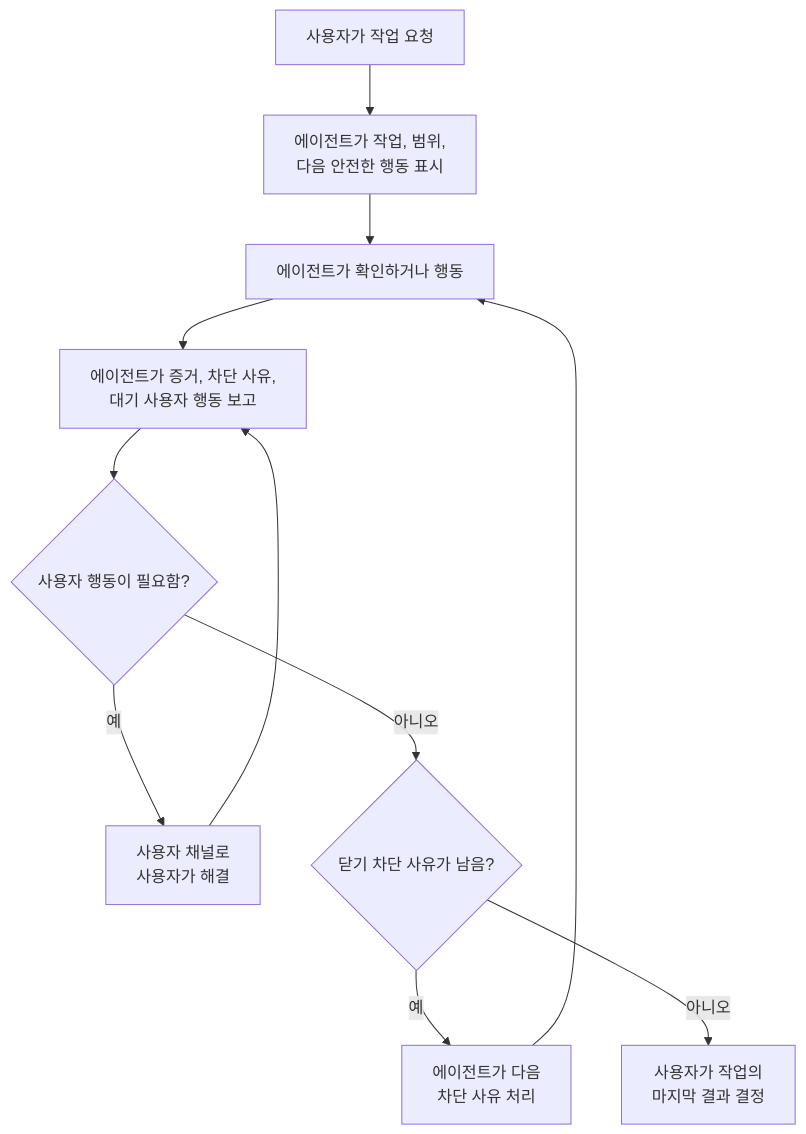
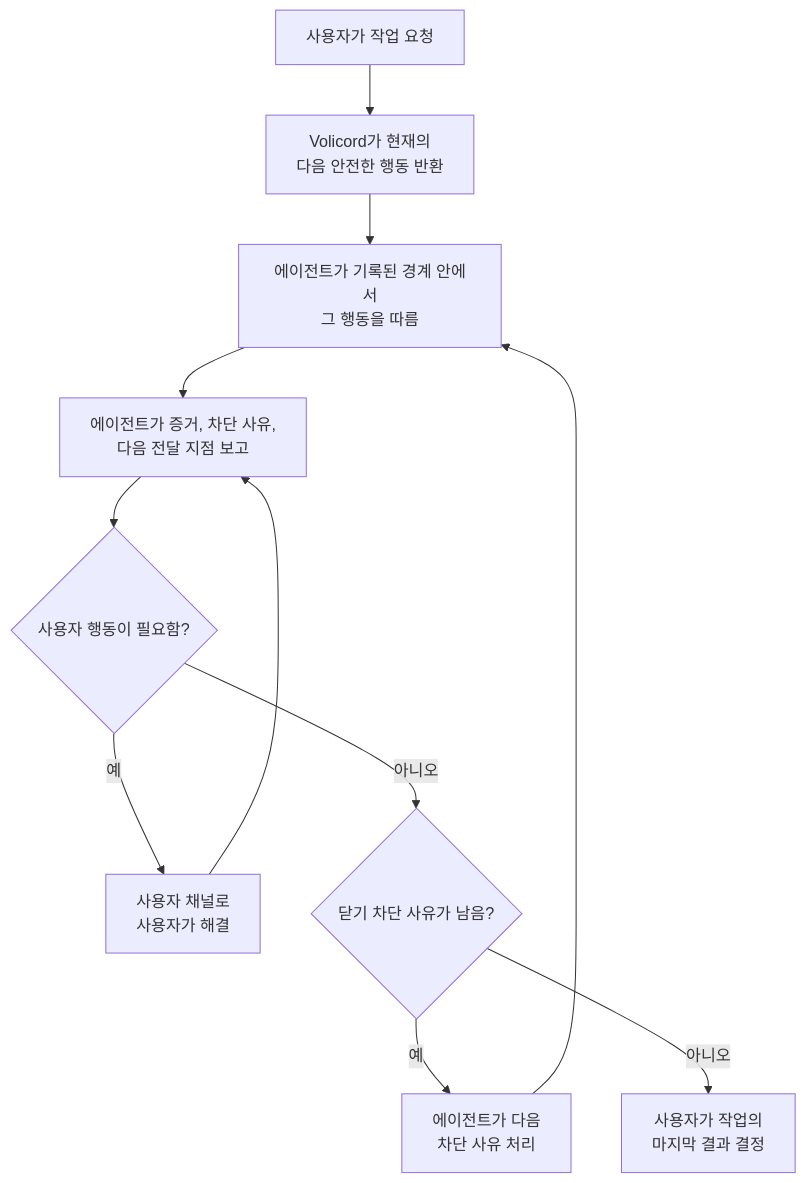
The second of 2 diagrams in README.ko.md (minjungw00/Volicord), drawn with Mermaid before and after one commit. The commit also changed other lines of this file and 91 other files, not shown here.

````diff
--- a/README.ko.md
+++ b/README.ko.md
@@ -156,18 +165,18 @@
 ```mermaid
 flowchart TD
   request["사용자가 작업 요청"]
-  boundary["에이전트가 작업, 범위,<br/>다음 안전한 행동 표시"]
-  action["에이전트가 확인하거나 행동"]
-  status["에이전트가 증거, 차단 사유,<br/>대기 사용자 행동 보고"]
+  boundary["Volicord가 현재의<br/>다음 안전한 행동 반환"]
+  action["에이전트가 기록된 경계 안에서<br/>그 행동을 따름"]
+  status["에이전트가 증거, 차단 사유,<br/>다음 전달 지점 보고"]
   judgment{"사용자 행동이 필요함?"}
   answer["사용자 채널로<br/>사용자가 해결"]
   close{"닫기 차단 사유가 남음?"}
   continue["에이전트가 다음<br/>차단 사유 처리"]
   finish["사용자가 작업의<br/>마지막 결과 결정"]
 
   request --> boundary --> action --> status --> judgment
   judgment -- 예 --> answer --> status
   judgment -- 아니오 --> close
   close -- 예 --> continue --> action
   close -- 아니오 --> finish
 ```
````
